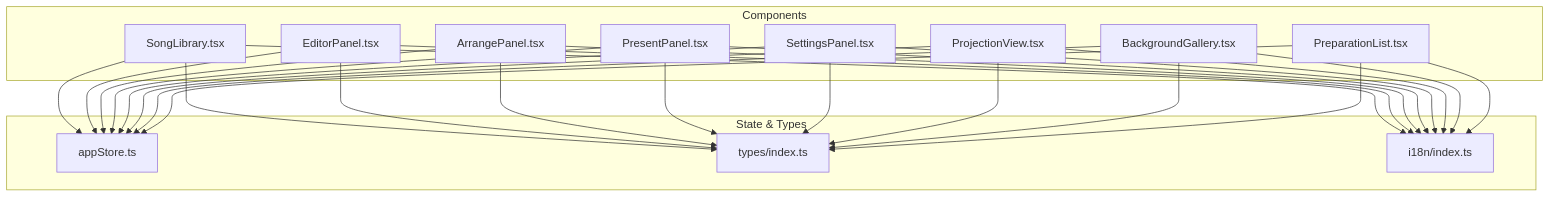
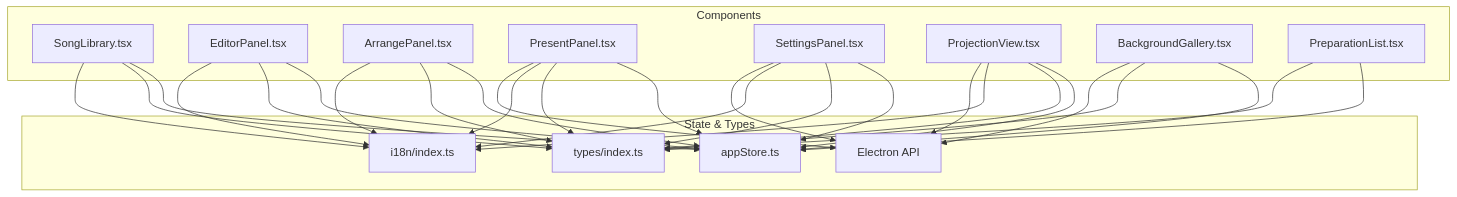
One commit to jimmywyk/lyricdeck changed the first of 11 diagrams in .qoder/repowiki/en/content/API Reference/Component Interface API.md. Above: the diagram before and after it, drawn with Mermaid. The commit also changed other lines of this file and 9 other files, not shown here.

````diff
--- a/.qoder/repowiki/en/content/API Reference/Component Interface API.md
+++ b/.qoder/repowiki/en/content/API Reference/Component Interface API.md
@@ -45,42 +55,45 @@
 ```mermaid
 graph TB
 subgraph "Components"
 SL["SongLibrary.tsx"]
 EP["EditorPanel.tsx"]
 AP["ArrangePanel.tsx"]
 PP["PresentPanel.tsx"]
 SP["SettingsPanel.tsx"]
 PV["ProjectionView.tsx"]
 BG["BackgroundGallery.tsx"]
 PL["PreparationList.tsx"]
 end
 subgraph "State & Types"
 Store["appStore.ts"]
 Types["types/index.ts"]
 I18n["i18n/index.ts"]
+Electron["Electron API"]
 end
 SL --> Store
 EP --> Store
 AP --> Store
 PP --> Store
 SP --> Store
 PV --> Store
 BG --> Store
 PL --> Store
 SL --> Types
 EP --> Types
 AP --> Types
 PP --> Types
 SP --> Types
 PV --> Types
 BG --> Types
 PL --> Types
 SL --> I18n
 EP --> I18n
 AP --> I18n
 PP --> I18n
 SP --> I18n
 PV --> I18n
-BG --> I18n
-PL --> I18n
+PV --> Electron
+PP --> Electron
+SP --> Electron
+BG --> Electron
 ```
````
